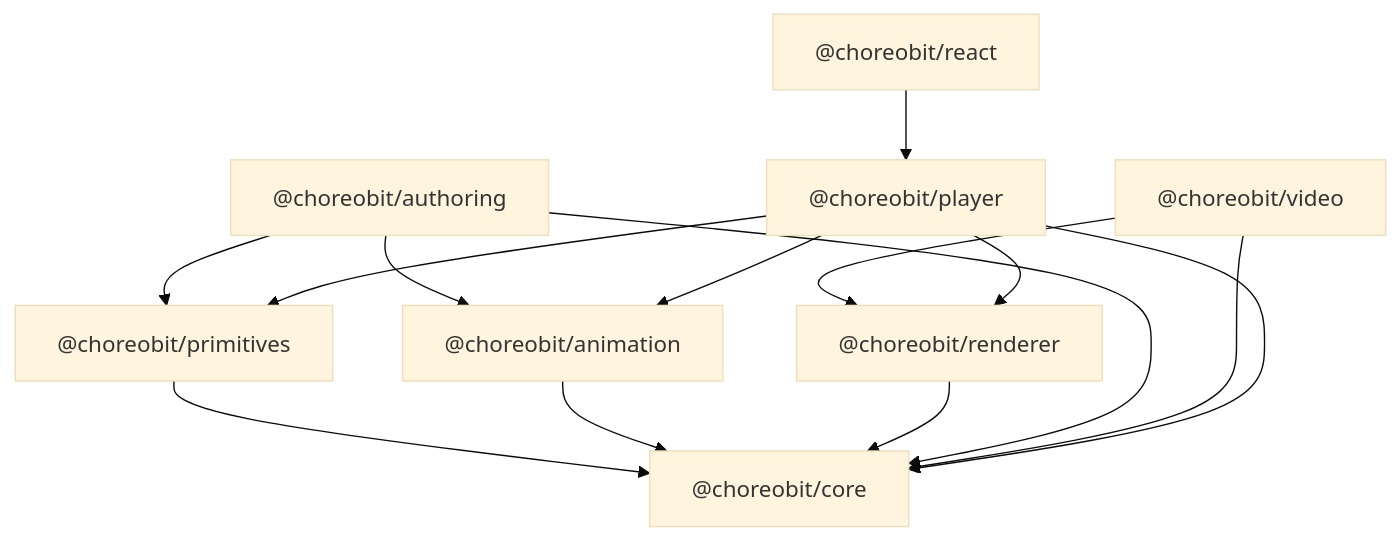
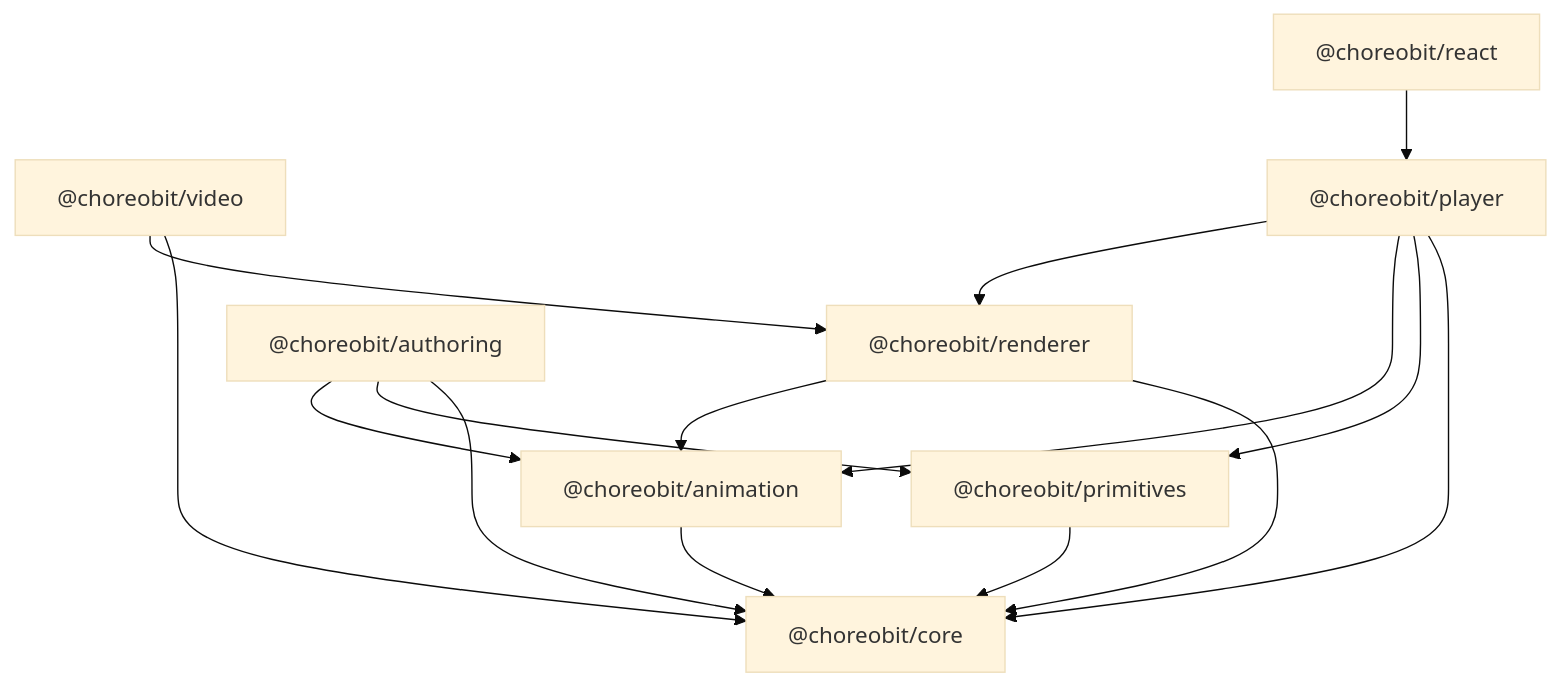
Before and after one commit to luddchad/choreobit: the diagram in docs/architecture/package-boundaries.md, drawn with Mermaid (base theme). The commit also changed other lines of this file and 16 other files, not shown here.

````diff
--- a/docs/architecture/package-boundaries.md
+++ b/docs/architecture/package-boundaries.md
@@ -25,25 +25,26 @@
 ```mermaid
 graph TD
   core["@choreobit/core"]
   primitives["@choreobit/primitives"]
   animation["@choreobit/animation"]
   renderer["@choreobit/renderer"]
   authoring["@choreobit/authoring"]
   video["@choreobit/video"]
   player["@choreobit/player"]
   react["@choreobit/react"]
 
   primitives --> core
   animation --> core
   renderer --> core
+  renderer --> animation
   authoring --> core
   authoring --> primitives
   authoring --> animation
   video --> core
   video --> renderer
   player --> core
   player --> primitives
   player --> animation
   player --> renderer
   react --> player
 ```
````
